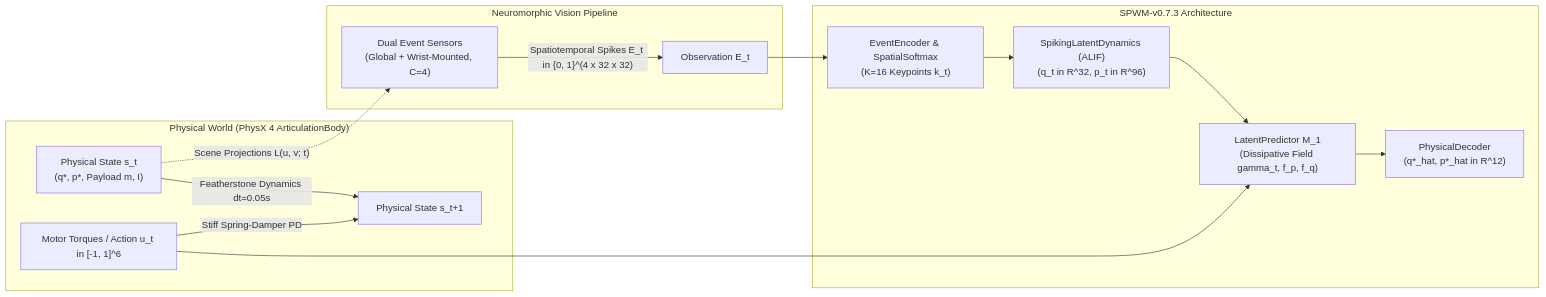
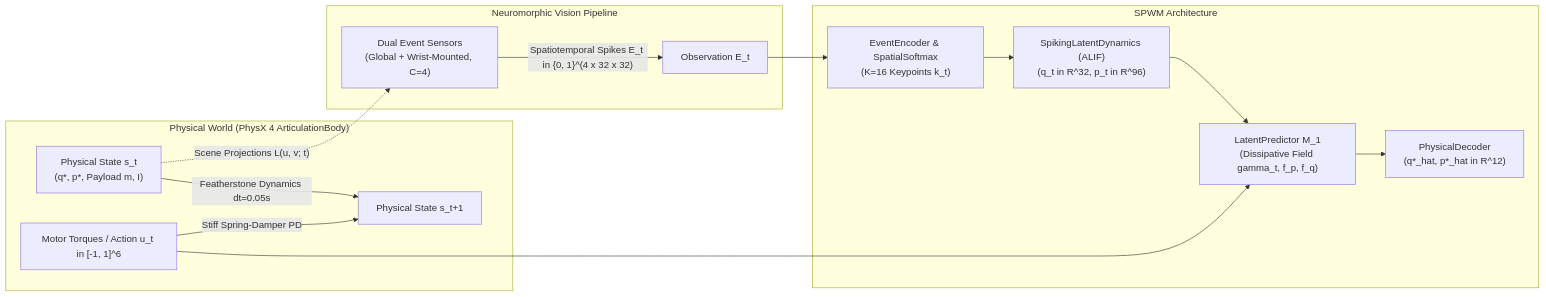
Before and after one commit to Mattia-Maiorano/Spiking-Neural_Novelty: the first of 6 diagrams in docs/DOSSIER.md, drawn with Mermaid. The commit also changed other lines of this file and 95 other files, not shown here.

````diff
--- a/docs/DOSSIER.md
+++ b/docs/DOSSIER.md
@@ -29,24 +29,24 @@
 ```mermaid
 flowchart LR
     subgraph Environment["Physical World (PhysX 4 ArticulationBody)"]
         S_t["Physical State s_t\n(q*, p*, Payload m, I)"]
         S_next["Physical State s_t+1"]
         Action["Motor Torques / Action u_t in [-1, 1]^6"]
         Action -->|Stiff Spring-Damper PD| S_next
         S_t -->|Featherstone Dynamics dt=0.05s| S_next
     end
 
     subgraph Sensors["Neuromorphic Vision Pipeline"]
         EventCam["Dual Event Sensors\n(Global + Wrist-Mounted, C=4)"]
         S_t -.->|"Scene Projections L(u, v; t)"| EventCam
         EventCam -->|"Spatiotemporal Spikes E_t in {0, 1}^(4 x 32 x 32)"| Obs["Observation E_t"]
     end
 
-    subgraph Agent["SPWM-v0.7.3 Architecture"]
+    subgraph Agent["SPWM Architecture"]
         Obs --> Enc["EventEncoder & SpatialSoftmax\n(K=16 Keypoints k_t)"]
         Enc --> Dyn["SpikingLatentDynamics (ALIF)\n(q_t in R^32, p_t in R^96)"]
         Action --> Pred["LatentPredictor M_1\n(Dissipative Field gamma_t, f_p, f_q)"]
         Dyn --> Pred
         Pred --> Readout["PhysicalDecoder\n(q*_hat, p*_hat in R^12)"]
     end
 ```
````
